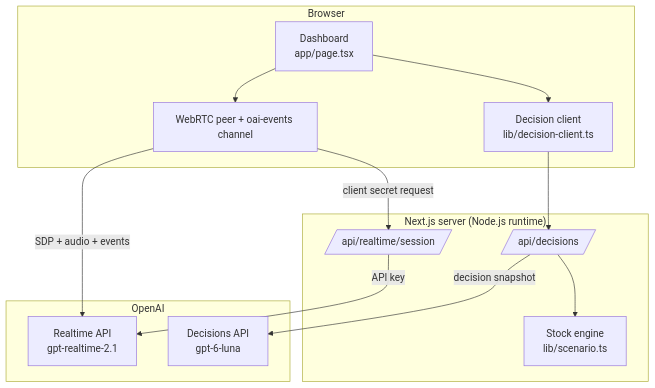
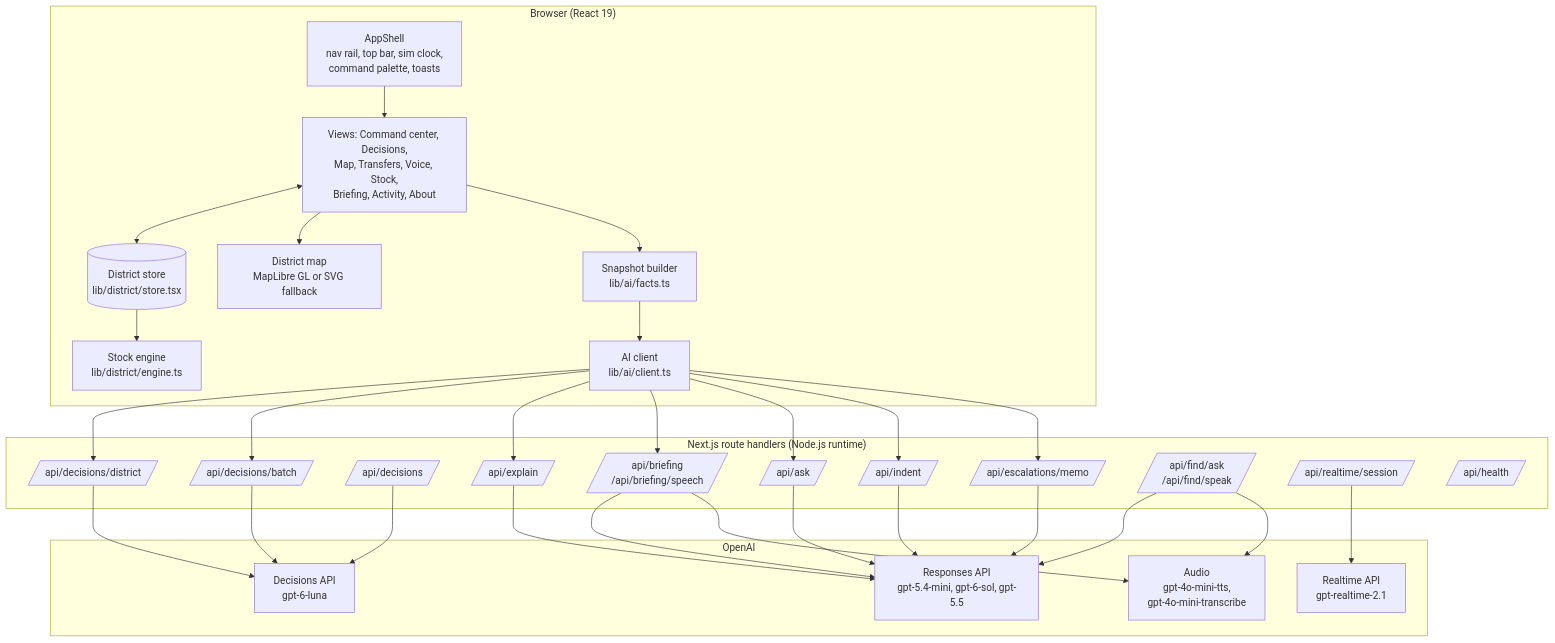
One commit to RahilKothari9/DawaiDost changed the diagram in docs/architecture/overview.md. Above: the diagram before and after it, drawn with Mermaid. The commit also changed other lines of this file, not shown here.

Commit message:
docs: rewrite architecture overview for the multi-view app, map, and per-feature fallbacks

````diff
--- a/docs/architecture/overview.md
+++ b/docs/architecture/overview.md
@@ -13,25 +13,42 @@
 ```mermaid
 flowchart TB
-    subgraph Browser
-        UI[Dashboard<br/>app/page.tsx]
-        RTC[WebRTC peer + oai-events channel]
-        DC[Decision client<br/>lib/decision-client.ts]
+    subgraph Browser["Browser (React 19)"]
+        Shell[AppShell<br/>nav rail, top bar, sim clock,<br/>command palette, toasts]
+        Store[(District store<br/>lib/district/store.tsx)]
+        Engine[Stock engine<br/>lib/district/engine.ts]
+        Facts[Snapshot builder<br/>lib/ai/facts.ts]
+        Views[Views: Command center, Decisions,<br/>Map, Transfers, Voice, Stock,<br/>Briefing, Activity, About]
+        Map[District map<br/>MapLibre GL or SVG fallback]
+        Client[AI client<br/>lib/ai/client.ts]
     end
-    subgraph Server["Next.js server (Node.js runtime)"]
+    subgraph Server["Next.js route handlers (Node.js runtime)"]
+        DD[/api/decisions/district/]
+        DB[/api/decisions/batch/]
+        D0[/api/decisions/]
+        EX[/api/explain/]
+        BR[/api/briefing<br/>/api/briefing/speech/]
+        AS[/api/ask/]
+        IN[/api/indent/]
+        EM[/api/escalations/memo/]
+        FA[/api/find/ask<br/>/api/find/speak/]
         RS[/api/realtime/session/]
-        DR[/api/decisions/]
-        SE[Stock engine<br/>lib/scenario.ts]
+        HE[/api/health/]
     end
     subgraph OpenAI
+        DA[Decisions API<br/>gpt-6-luna]
+        RA[Responses API<br/>gpt-5.4-mini, gpt-6-sol, gpt-5.5]
         RT[Realtime API<br/>gpt-realtime-2.1]
-        DA[Decisions API<br/>gpt-6-luna]
+        AU[Audio<br/>gpt-4o-mini-tts,<br/>gpt-4o-mini-transcribe]
     end
-    UI --> RTC
-    UI --> DC
-    RTC -- client secret request --> RS
-    RS -- API key --> RT
-    RTC -- SDP + audio + events --> RT
-    DC --> DR
-    DR --> SE
-    DR -- decision snapshot --> DA
+    Shell --> Views
+    Views <--> Store
+    Store --> Engine
+    Views --> Map
+    Views --> Facts --> Client
+    Client --> DD & DB & EX & BR & AS & IN & EM
+    DD & DB & D0 --> DA
+    EX & BR & AS & IN & EM --> RA
+    FA --> RA
+    BR & FA --> AU
+    RS --> RT
 ```
````
